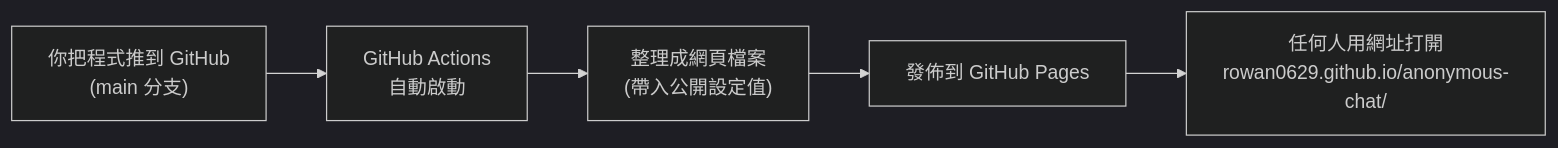
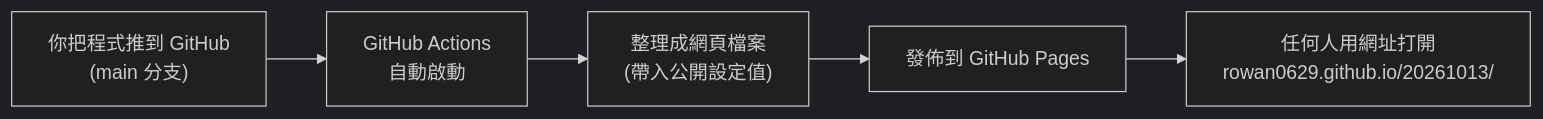
Before and after one commit to Rowan0629/20261013: the second of 2 diagrams in docs/architecture.md, drawn with Mermaid (dark theme). The commit also changed other lines of this file, not shown here.

Commit message:
Update repo name to 20261013 in architecture doc

````diff
--- a/docs/architecture.md
+++ b/docs/architecture.md
@@ -581,7 +581,7 @@
 ```mermaid
 flowchart LR
     A["你把程式推到 GitHub<br/>(main 分支)"] --> B["GitHub Actions<br/>自動啟動"]
     B --> C["整理成網頁檔案<br/>(帶入公開設定值)"]
     C --> D["發佈到 GitHub Pages"]
-    D --> E["任何人用網址打開<br/>rowan0629.github.io/anonymous-chat/"]
+    D --> E["任何人用網址打開<br/>rowan0629.github.io/20261013/"]
 ```
````
